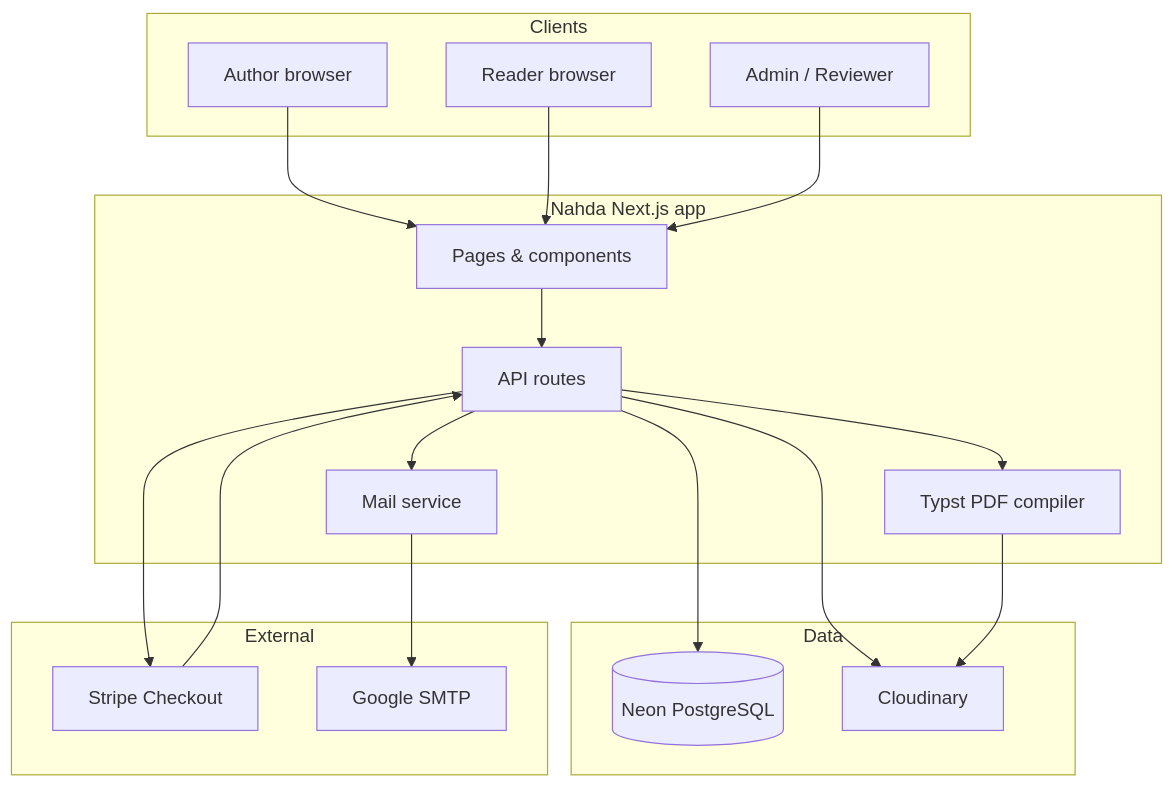
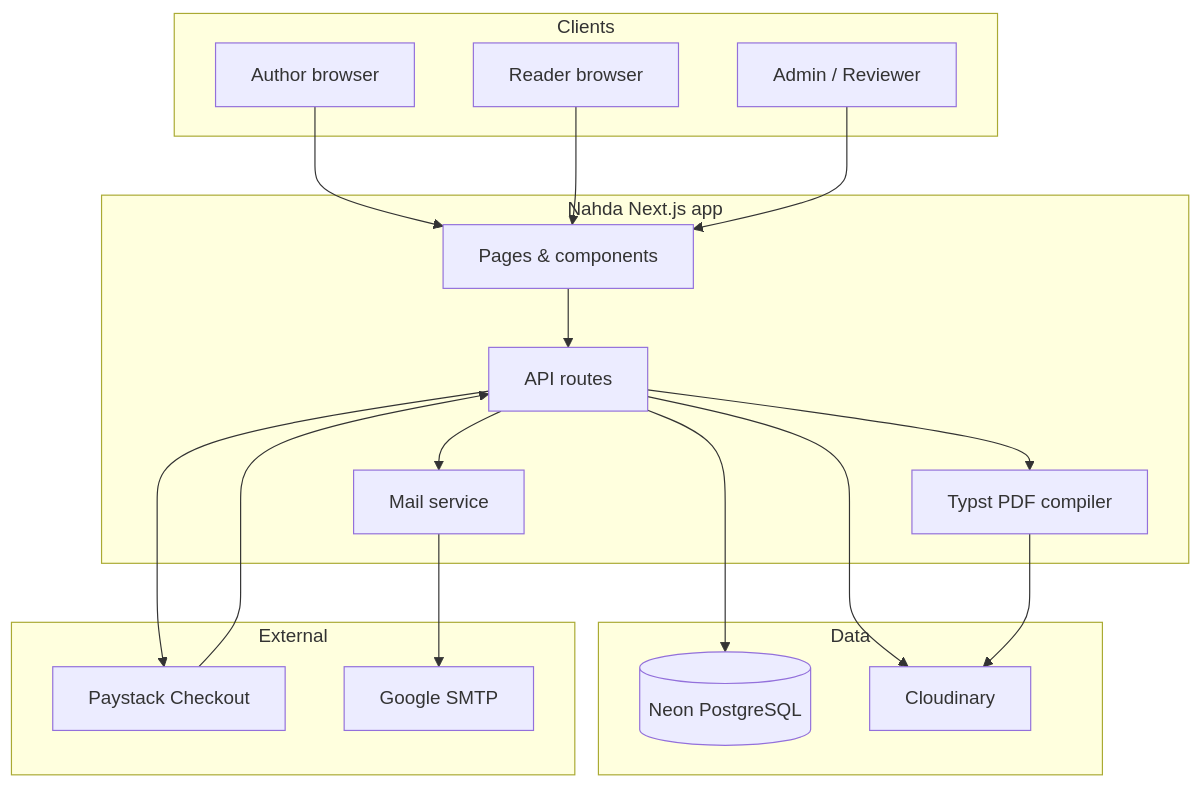
The first of 8 diagrams in README.md (Felixowusu20/AtlasPublishing), drawn with Mermaid before and after one commit. The commit also changed other lines of this file and 33 other files, not shown here.

First line of the commit message:
Replace Stripe with Paystack custom USD checkout and fix production uploads.

````diff
--- a/README.md
+++ b/README.md
@@ -75,38 +75,38 @@
 ```mermaid
 flowchart TB
   subgraph Clients
     A[Author browser]
     R[Reader browser]
     E[Admin / Reviewer]
   end
 
   subgraph NextApp["Nahda Next.js app"]
     UI[Pages & components]
     API[API routes]
     PDF[Typst PDF compiler]
     Mail[Mail service]
   end
 
   subgraph Data
     DB[(Neon PostgreSQL)]
     CDN[Cloudinary]
   end
 
   subgraph External
-    Stripe[Stripe Checkout]
+    Paystack[Paystack Checkout]
     SMTP[Google SMTP]
   end
 
   A --> UI
   R --> UI
   E --> UI
   UI --> API
   API --> DB
   API --> CDN
   API --> PDF
   API --> Mail
-  API --> Stripe
+  API --> Paystack
   Mail --> SMTP
-  Stripe --> API
+  Paystack --> API
   PDF --> CDN
 ```
````
